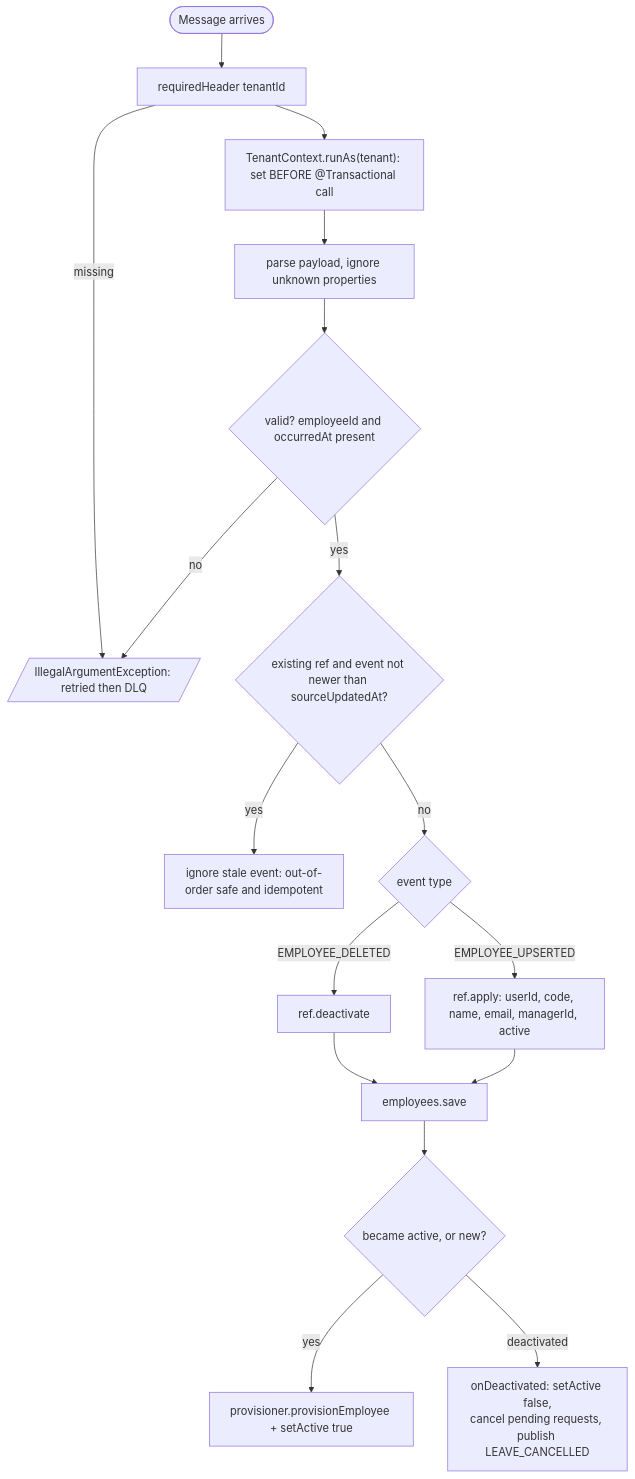
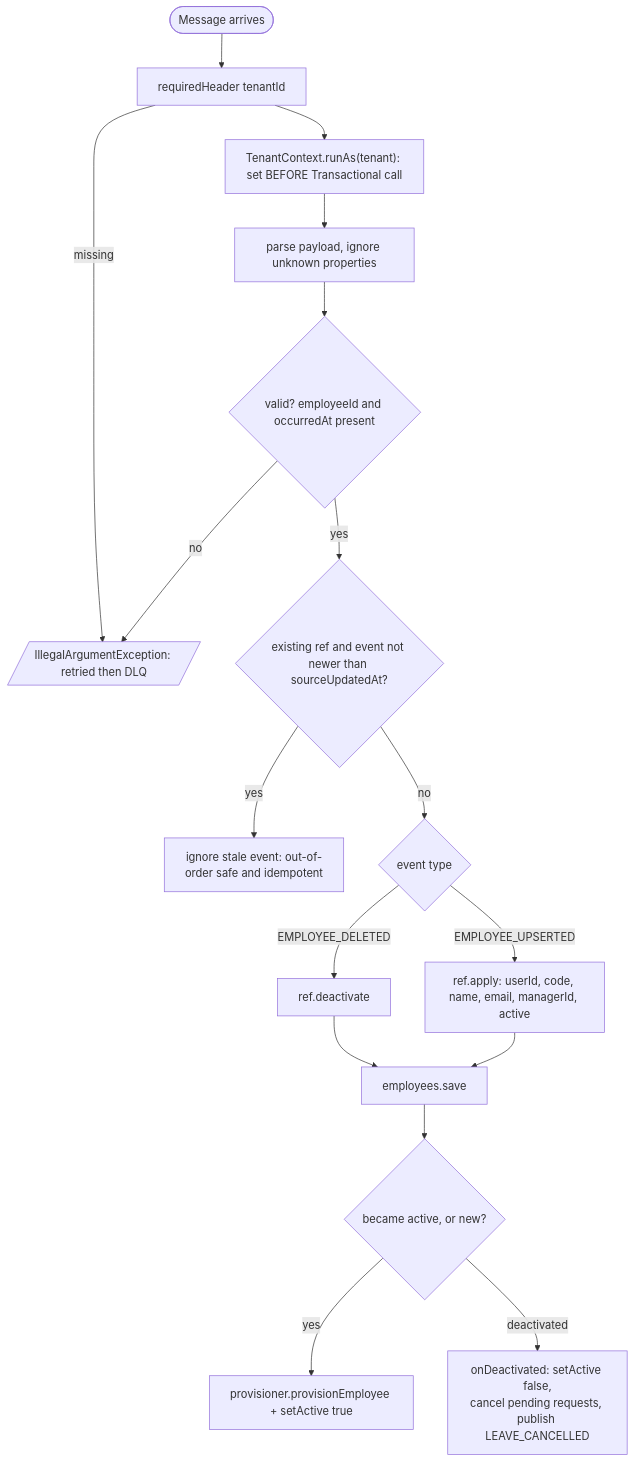
Before and after one commit to Scaibu/llm-obs-policies: diagram 21 of 28 in rules/code-quality/architecture-principles/0002-generic-microservice-platform-blueprint.md, drawn with Mermaid. The commit also changed other lines of this file, not shown here.

Commit message:
fix(diagrams): remove all @ annotations from Mermaid blocks to fix parse errors

````diff
--- a/rules/code-quality/architecture-principles/0002-generic-microservice-platform-blueprint.md
+++ b/rules/code-quality/architecture-principles/0002-generic-microservice-platform-blueprint.md
@@ -1271,19 +1271,19 @@
 ```mermaid
 flowchart TD
     M([Message arrives]) --> H[requiredHeader tenantId]
     H -->|missing| X[/IllegalArgumentException: retried then DLQ/]
-    H --> RA["TenantContext.runAs(tenant): set BEFORE @Transactional call"]
+    H --> RA["TenantContext.runAs(tenant): set BEFORE Transactional call"]
     RA --> P[parse payload, ignore unknown properties]
     P --> V{valid? employeeId and occurredAt present}
     V -->|no| X
     V -->|yes| S{existing ref and event not newer than sourceUpdatedAt?}
     S -->|yes| IGN[ignore stale event: out-of-order safe and idempotent]
     S -->|no| U{event type}
     U -->|EMPLOYEE_DELETED| D[ref.deactivate]
     U -->|EMPLOYEE_UPSERTED| UP[ref.apply: userId, code, name, email, managerId, active]
     D --> SV[employees.save]
     UP --> SV
     SV --> Q{became active, or new?}
     Q -->|yes| PR[provisioner.provisionEmployee + setActive true]
     Q -->|deactivated| DE["onDeactivated: setActive false,<br/>cancel pending requests, publish LEAVE_CANCELLED"]
 ```
````
